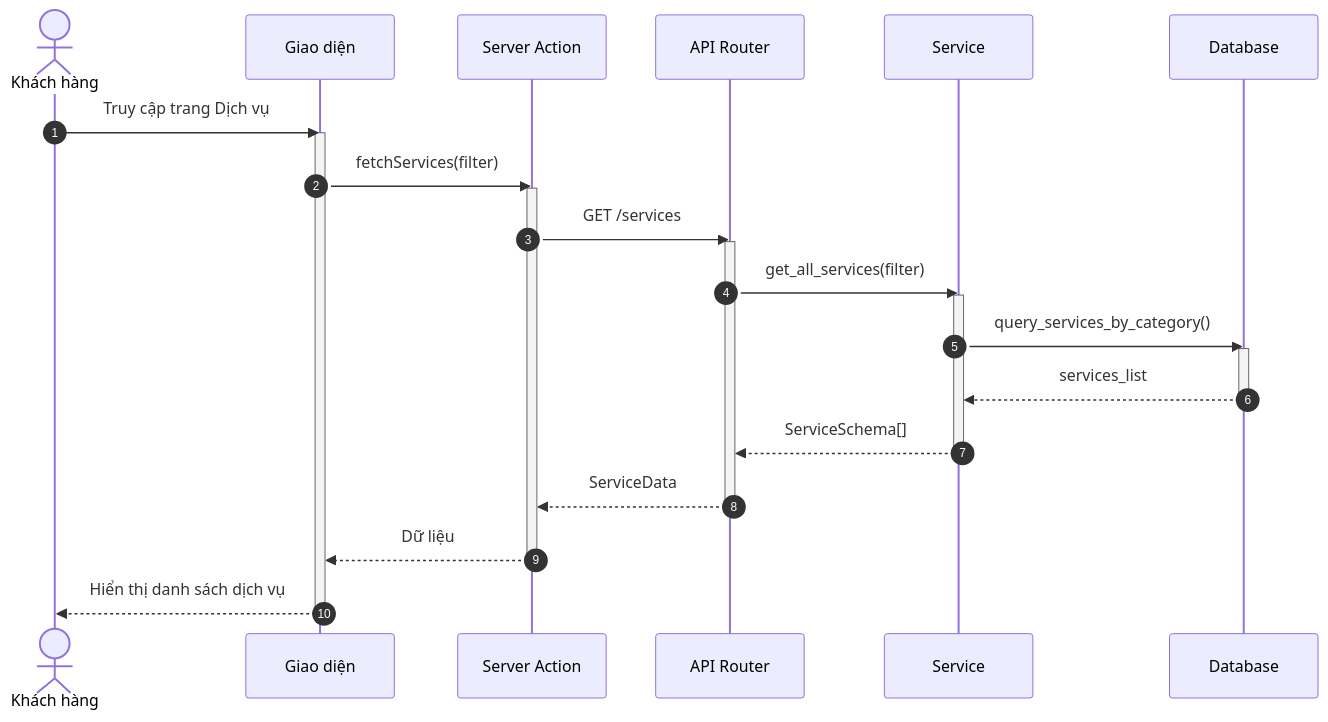
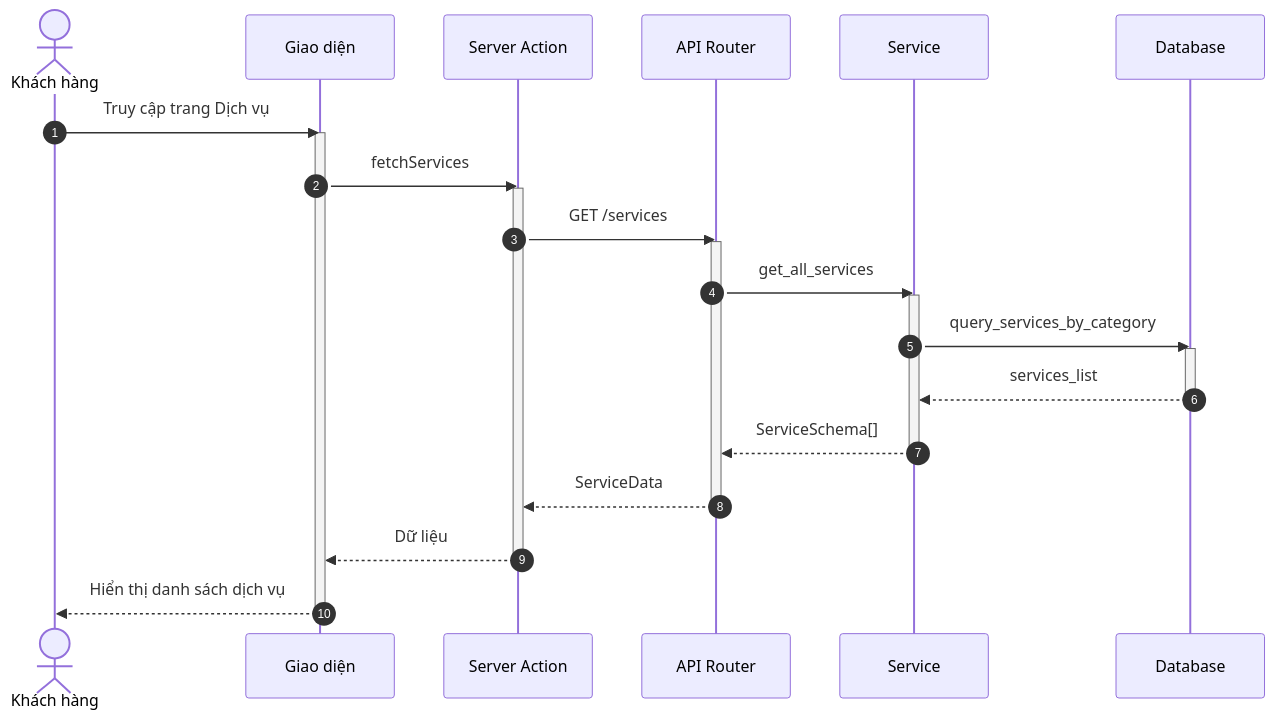
Before and after one commit to ngoctinn/Synapse: the first of 8 diagrams in docs/design/sequences/customer_flows.md, drawn with Mermaid. The commit also changed other lines of this file and 1 other file, not shown here.

Commit message:
feat: Add sequence diagrams for admin and customer flows.

````diff
--- a/docs/design/sequences/customer_flows.md
+++ b/docs/design/sequences/customer_flows.md
@@ -28,38 +28,38 @@
 ```mermaid
 sequenceDiagram
     autonumber
     actor KH as Khách hàng
     participant UI as Giao diện
     participant BFF as Server Action
     participant API as API Router
     participant S as Service
     participant DB as Database
 
     KH->>UI: Truy cập trang Dịch vụ
     activate UI
-    UI->>BFF: fetchServices(filter)
+    UI->>BFF: fetchServices
     activate BFF
 
     BFF->>API: GET /services
     activate API
 
-    API->>S: get_all_services(filter)
+    API->>S: get_all_services
     activate S
 
-    S->>DB: query_services_by_category()
+    S->>DB: query_services_by_category
     activate DB
     DB-->>S: services_list
     deactivate DB
 
     S-->>API: ServiceSchema[]
     deactivate S
 
     API-->>BFF: ServiceData
     deactivate API
 
     BFF-->>UI: Dữ liệu
     deactivate BFF
 
     UI-->>KH: Hiển thị danh sách dịch vụ
     deactivate UI
 ```
````
